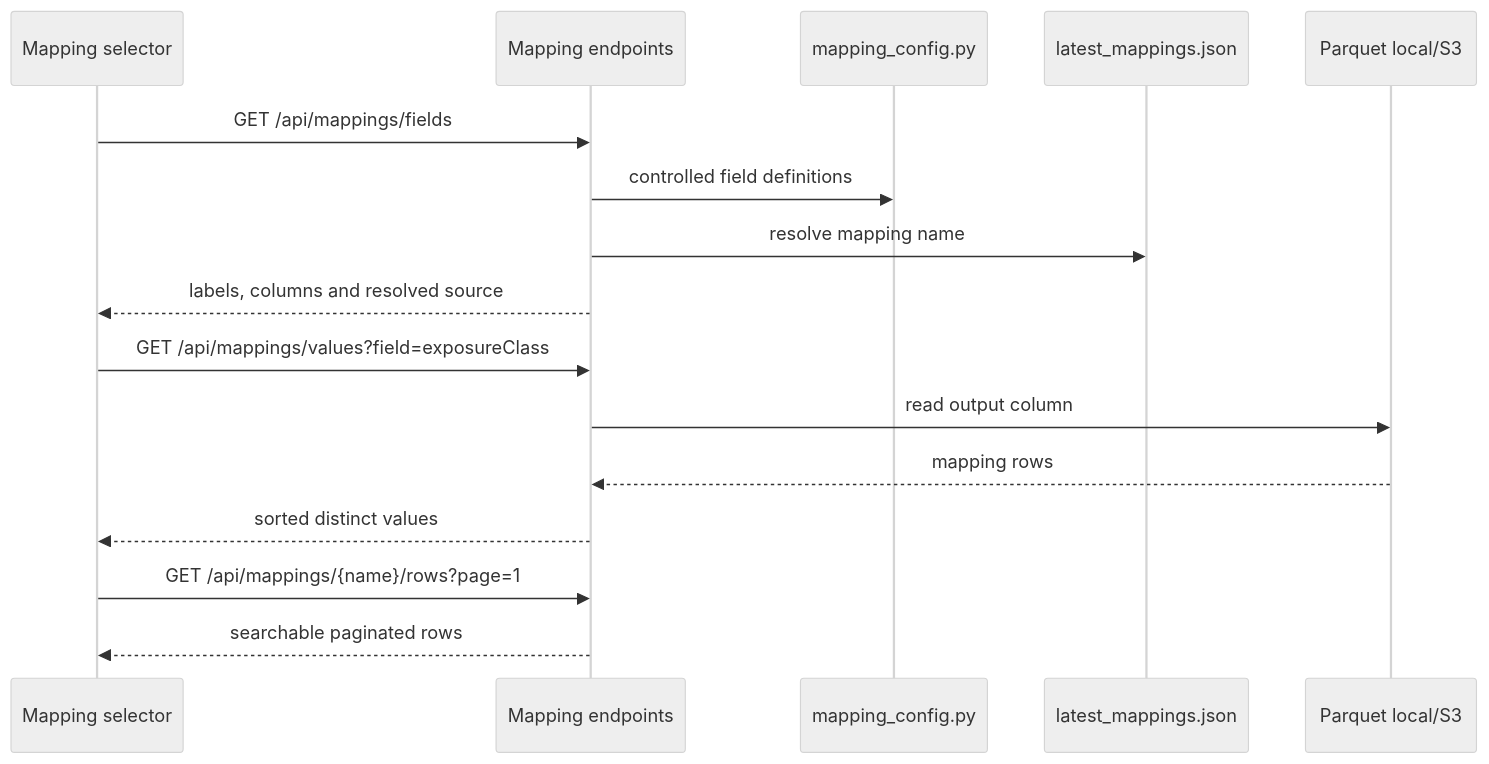
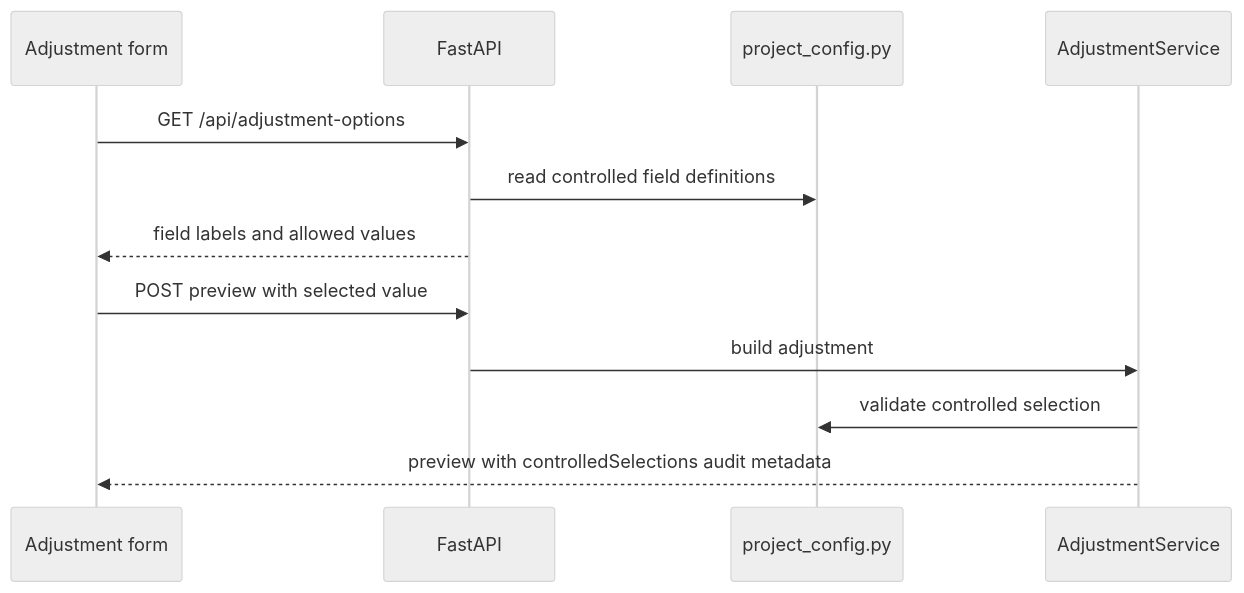
One commit to younesszaim/ajustement changed the fourth of 5 diagrams in README.md. Above: the diagram before and after it, drawn with Mermaid (neutral theme). The commit also changed other lines of this file and 33 other files, not shown here.

Commit message:
simplify field options and add leg-aware adjustments

````diff
--- a/README.md
+++ b/README.md
@@ -474,19 +476,15 @@
 ```mermaid
 sequenceDiagram
-    participant UI as Mapping selector
-    participant API as Mapping endpoints
-    participant CFG as mapping_config.py
-    participant J as latest_mappings.json
-    participant PQ as Parquet local/S3
+    participant UI as Adjustment form
+    participant API as FastAPI
+    participant CFG as project_config.py
+    participant SVC as AdjustmentService
 
-    UI->>API: GET /api/mappings/fields
-    API->>CFG: controlled field definitions
-    API->>J: resolve mapping name
-    API-->>UI: labels, columns and resolved source
-    UI->>API: GET /api/mappings/values?field=exposureClass
-    API->>PQ: read output column
-    PQ-->>API: mapping rows
-    API-->>UI: sorted distinct values
-    UI->>API: GET /api/mappings/{name}/rows?page=1
-    API-->>UI: searchable paginated rows
+    UI->>API: GET /api/adjustment-options
+    API->>CFG: read controlled field definitions
+    API-->>UI: field labels and allowed values
+    UI->>API: POST preview with selected value
+    API->>SVC: build adjustment
+    SVC->>CFG: validate controlled selection
+    SVC-->>UI: preview with controlledSelections audit metadata
 ```
````
